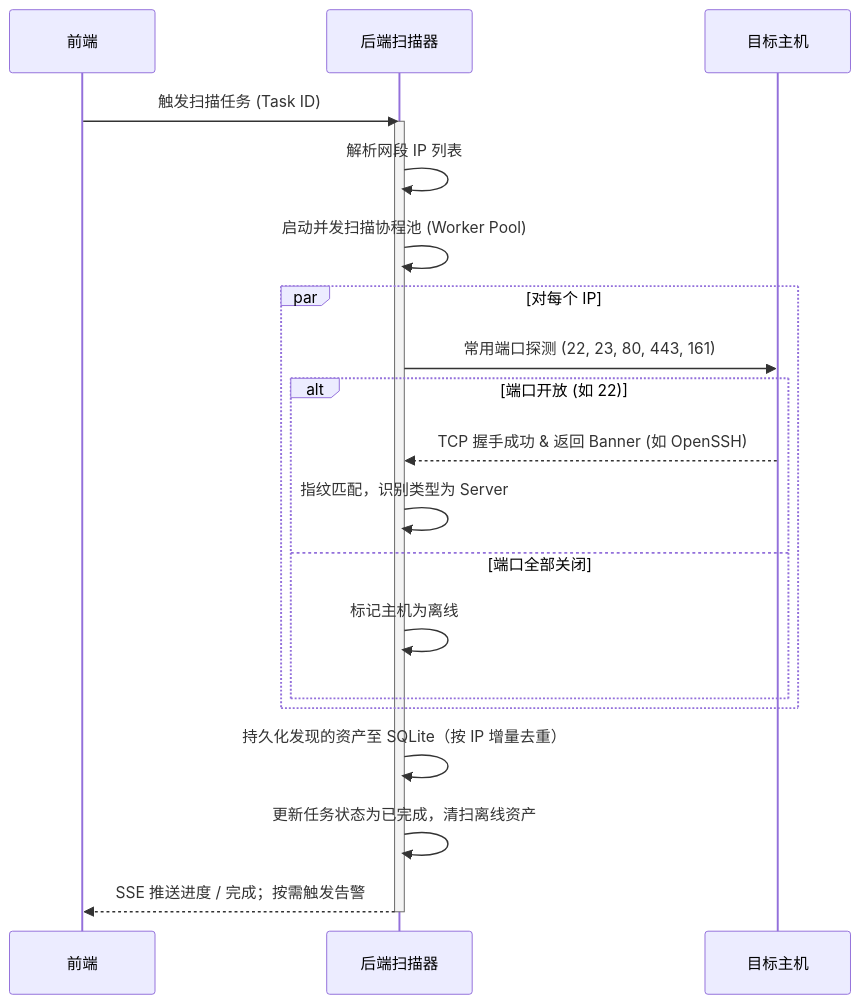
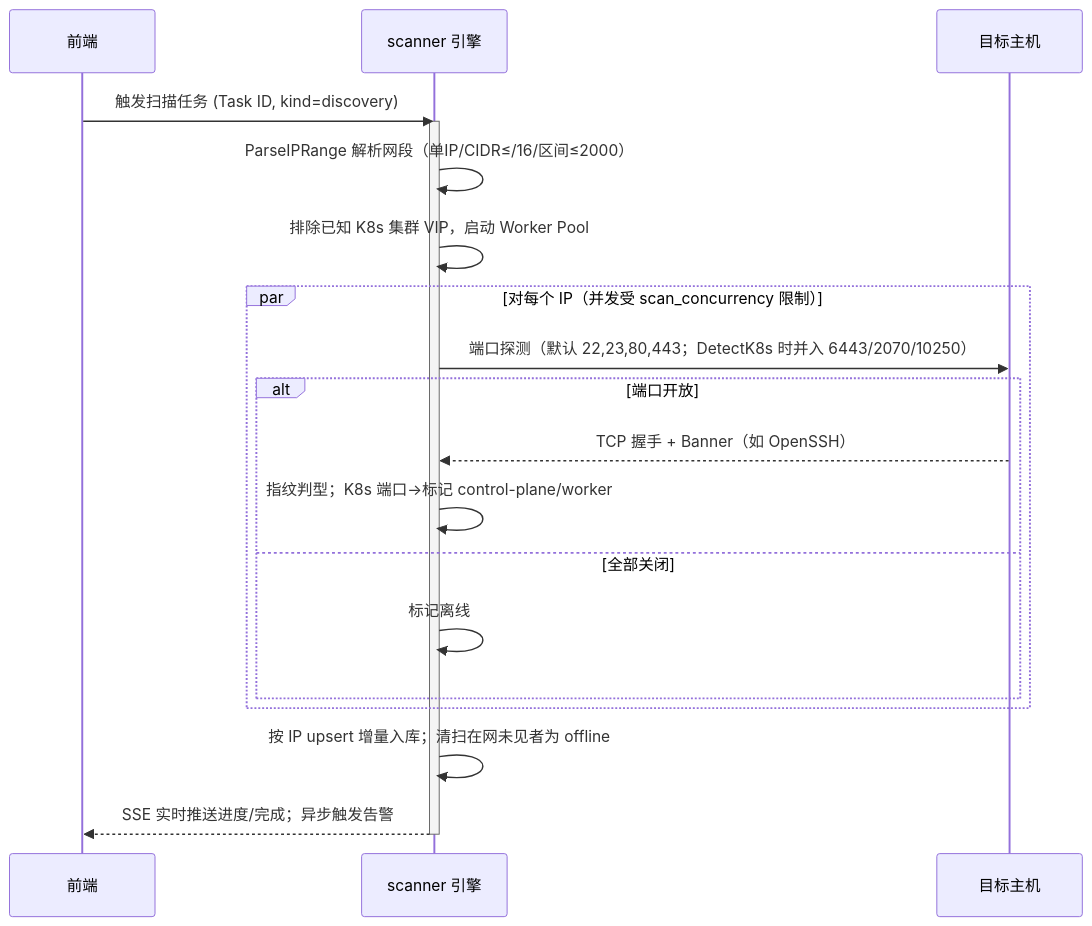
The second of 3 diagrams in docs/architecture.md (xumjbn/meridian), drawn with Mermaid before and after one commit. The commit also changed other lines of this file and 8 other files, not shown here.

````diff
--- a/docs/architecture.md
+++ b/docs/architecture.md
@@ -74,26 +172,23 @@
 ```mermaid
 sequenceDiagram
     participant Web as 前端
-    participant App as 后端扫描器
+    participant App as scanner 引擎
     participant Host as 目标主机
 
-    Web->>App: 触发扫描任务 (Task ID)
+    Web->>App: 触发扫描任务 (Task ID, kind=discovery)
     activate App
-    App->>App: 解析网段 IP 列表
-    App->>App: 启动并发扫描协程池 (Worker Pool)
-
-    par 对每个 IP
-        App->>Host: 常用端口探测 (22, 23, 80, 443, 161)
-        alt 端口开放 (如 22)
-            Host-->>App: TCP 握手成功 & 返回 Banner (如 OpenSSH)
-            App->>App: 指纹匹配，识别类型为 Server
-        else 端口全部关闭
-            App->>App: 标记主机为离线
+    App->>App: ParseIPRange 解析网段（单IP/CIDR≤/16/区间≤2000）
+    App->>App: 排除已知 K8s 集群 VIP，启动 Worker Pool
+    par 对每个 IP（并发受 scan_concurrency 限制）
+        App->>Host: 端口探测（默认 22,23,80,443；DetectK8s 时并入 6443/2070/10250）
+        alt 端口开放
+            Host-->>App: TCP 握手 + Banner（如 OpenSSH）
+            App->>App: 指纹判型；K8s 端口→标记 control-plane/worker
+        else 全部关闭
+            App->>App: 标记离线
         end
     end
-
-    App->>App: 持久化发现的资产至 SQLite（按 IP 增量去重）
-    App->>App: 更新任务状态为已完成，清扫离线资产
-    App-->>Web: SSE 推送进度 / 完成；按需触发告警
+    App->>App: 按 IP upsert 增量入库；清扫在网未见者为 offline
+    App-->>Web: SSE 实时推送进度/完成；异步触发告警
     deactivate App
 ```
````
